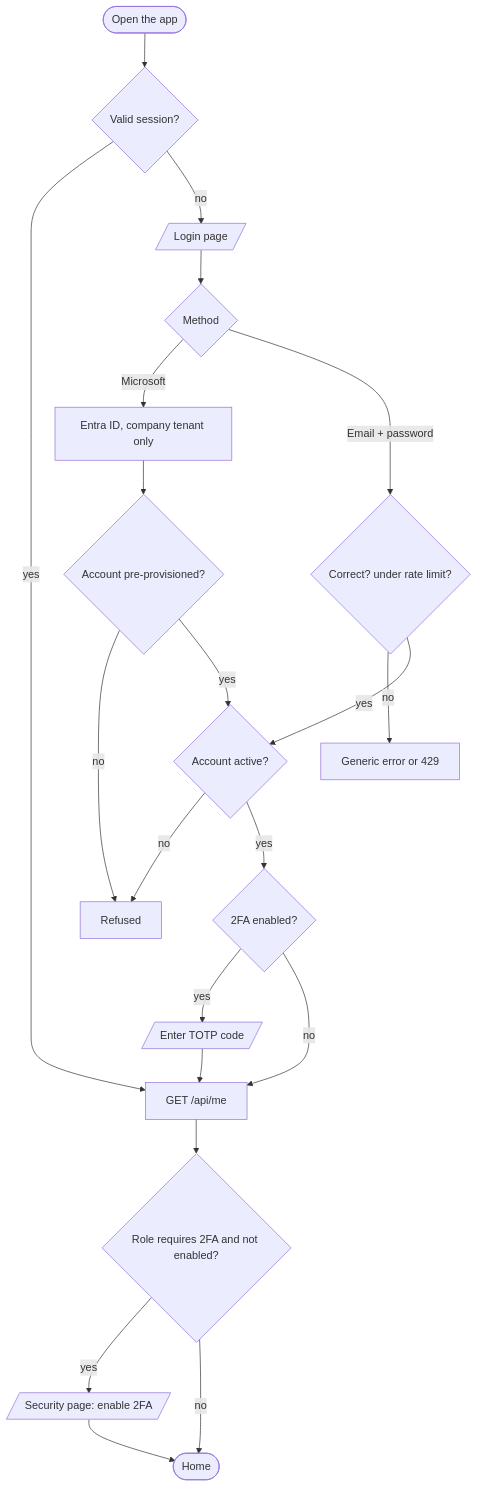
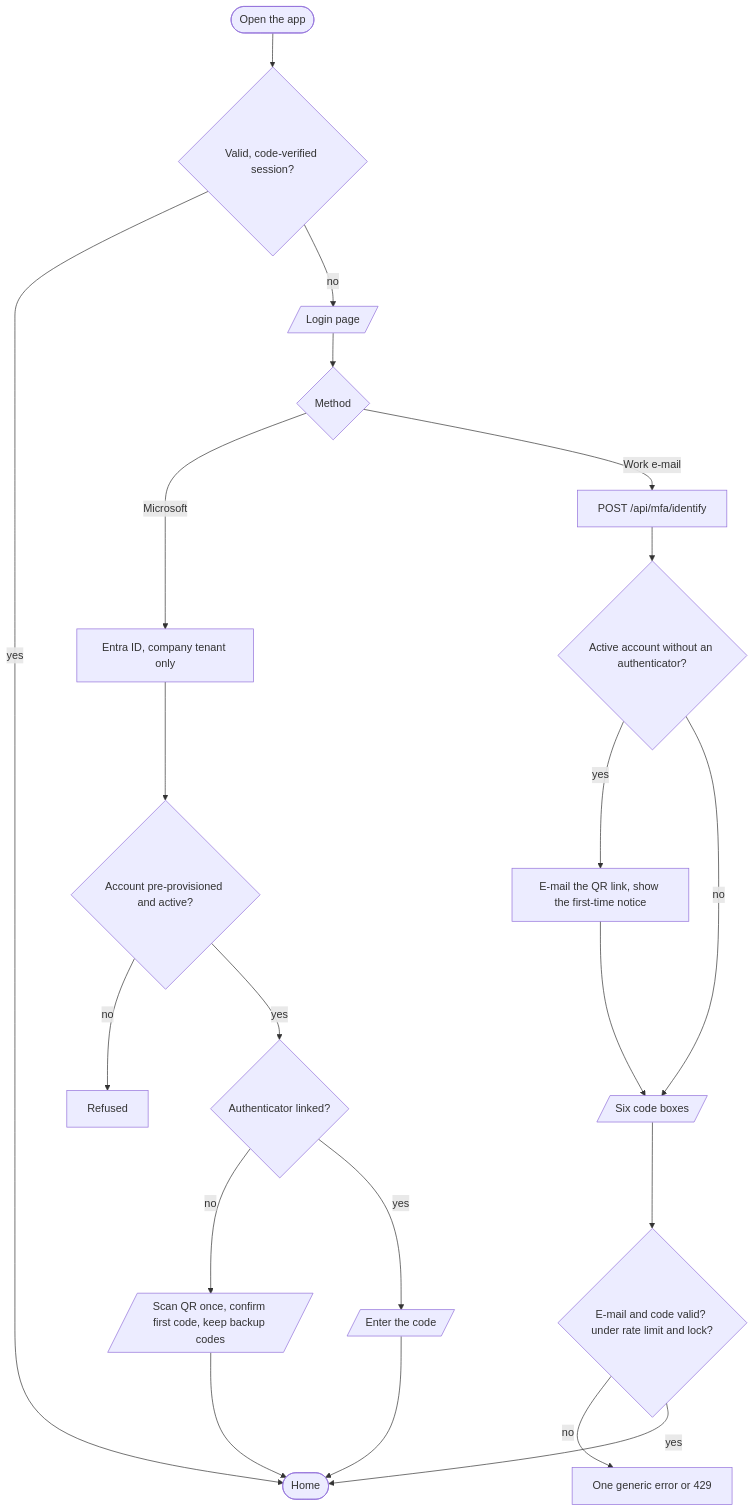
One commit to Arweqah-Company/arweqah_platform changed the second of 11 diagrams in README.md. Above: the diagram before and after it, drawn with Mermaid. The commit also changed other lines of this file and 420 other files, not shown here.

````diff
--- a/README.md
+++ b/README.md
@@ -200,20 +259,19 @@
 ```mermaid
 flowchart TD
-  start([Open the app]) --> session{Valid session?}
-  session -- yes --> me[GET /api/me]
+  start([Open the app]) --> session{Valid, code-verified session?}
+  session -- yes --> home([Home])
   session -- no --> login[/Login page/]
   login --> method{Method}
-  method -- Microsoft --> ms[Entra ID, company tenant only] --> known{Account pre-provisioned?}
+  method -- Microsoft --> ms[Entra ID, company tenant only] --> known{Account pre-provisioned and active?}
   known -- no --> refused[Refused]
-  known -- yes --> active
-  method -- Email + password --> creds{Correct? under rate limit?}
-  creds -- no --> err[Generic error or 429]
-  creds -- yes --> active{Account active?}
-  active -- no --> refused
-  active -- yes --> tfa{2FA enabled?}
-  tfa -- yes --> verify[/Enter TOTP code/] --> me
-  tfa -- no --> me
-  me --> req{Role requires 2FA and not enabled?}
-  req -- yes --> setup[/Security page: enable 2FA/] --> home
-  req -- no --> home([Home])
+  known -- yes --> linked{Authenticator linked?}
+  method -- Work e-mail --> ident[POST /api/mfa/identify]
+  ident --> first{Active account without an authenticator?}
+  first -- yes --> mail[E-mail the QR link, show the first-time notice] --> codeBoxes
+  first -- no --> codeBoxes[/Six code boxes/]
+  codeBoxes --> check{E-mail and code valid? under rate limit and lock?}
+  check -- no --> err[One generic error or 429]
+  check -- yes --> home
+  linked -- no --> enroll[/Scan QR once, confirm first code, keep backup codes/] --> home
+  linked -- yes --> verify[/Enter the code/] --> home
 ```
````
